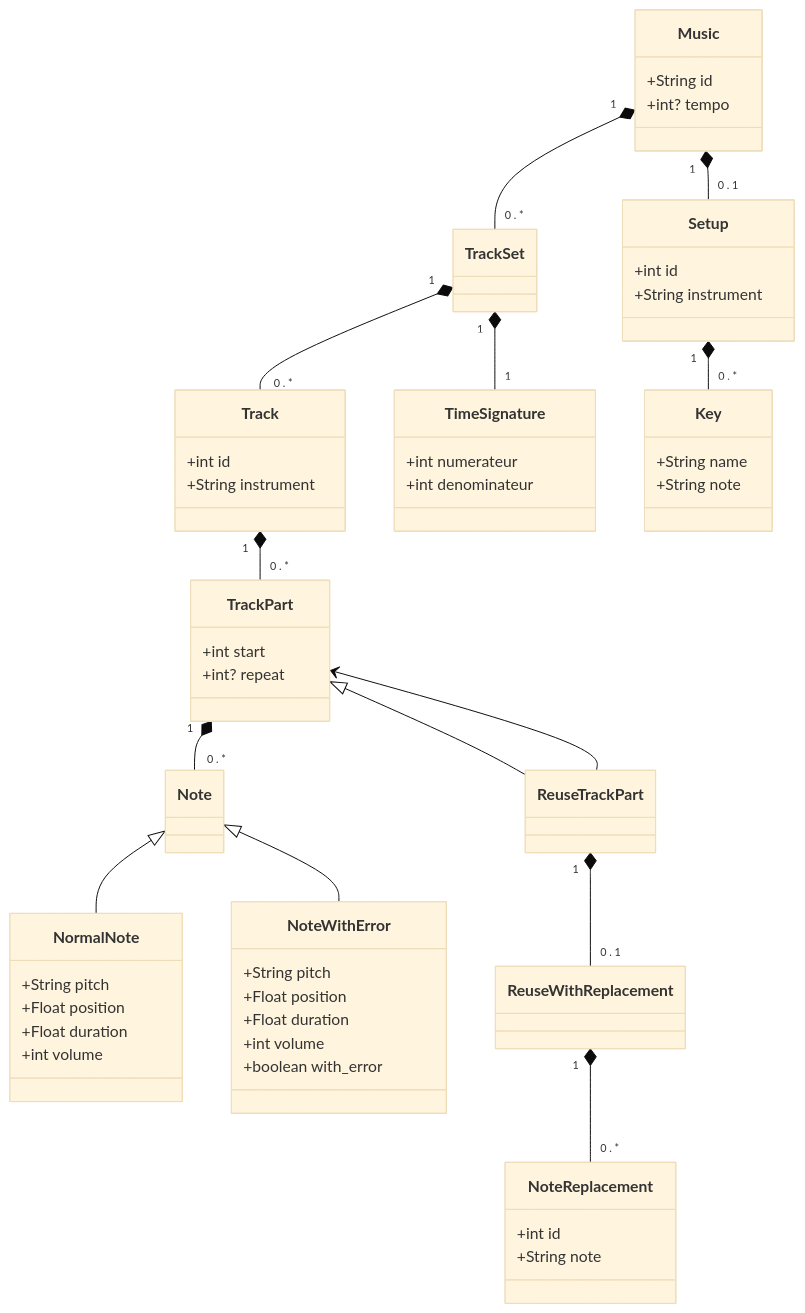
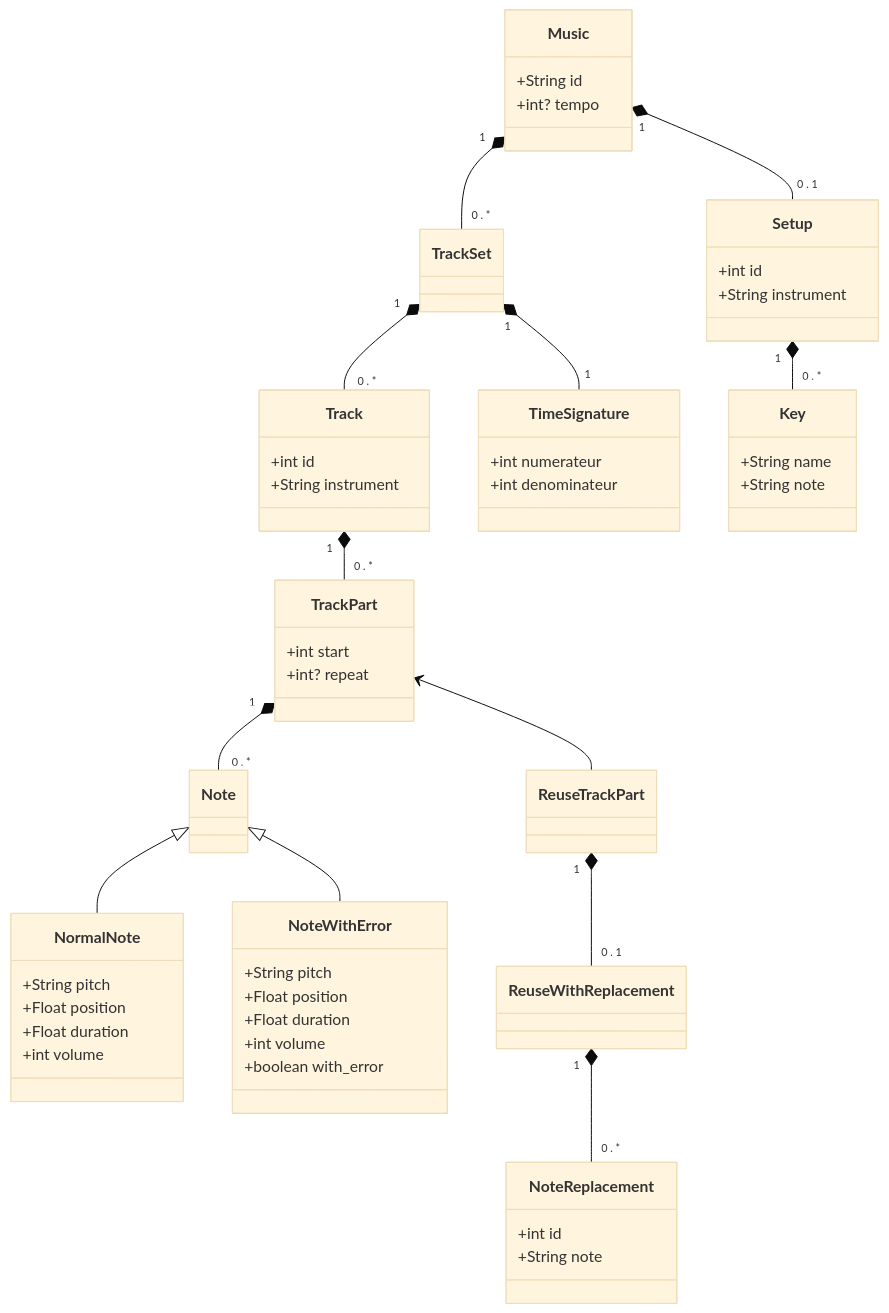
Before and after one commit to Jules-Prince/musicae: the diagram in README.md, drawn with Mermaid (base theme).

```diff
--- a/README.md
+++ b/README.md
@@ -43,7 +43,6 @@
     Setup "1" *-- "0 . *" Key
     ReuseTrackPart "1" *-- "0 . 1" ReuseWithReplacement
     ReuseWithReplacement "1" *-- "0 . *" NoteReplacement
-    TrackPart <|-- ReuseTrackPart
     TrackPart <-- ReuseTrackPart
 
     class Music{
```
